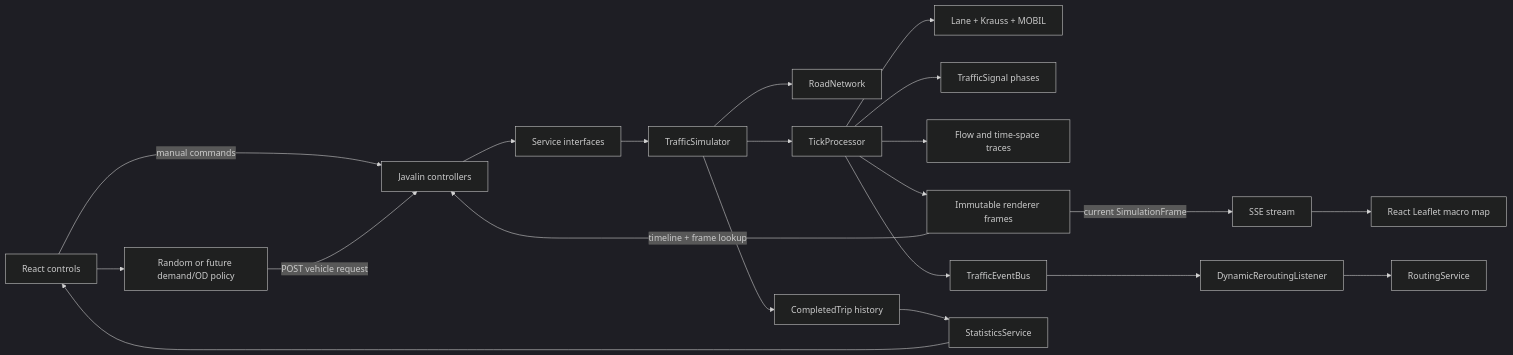
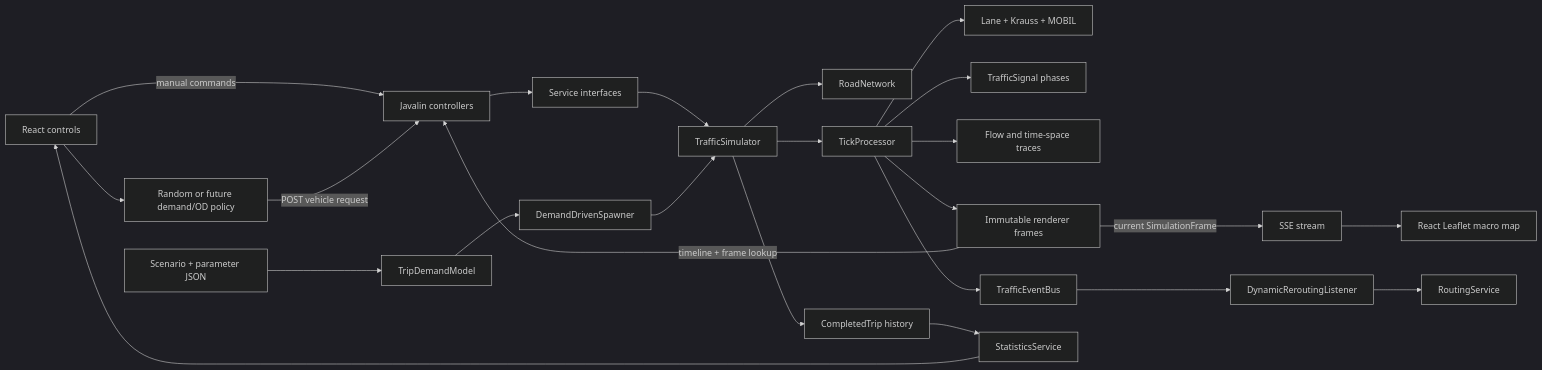
The diagram in docs/ARCHITECTURE.md (binhnguyenag07-ops/Traffic-Event-System), drawn with Mermaid (dark theme) before and after one commit. The commit also changed other lines of this file and 58 other files, not shown here.

Commit message:
feat(demand): implement scenario-driven traffic generation

````diff
--- a/docs/ARCHITECTURE.md
+++ b/docs/ARCHITECTURE.md
@@ -119,23 +128,26 @@
 ```mermaid
 flowchart LR
     UI[React controls] -->|manual commands| API[Javalin controllers]
     UI --> SpawnPolicy[Random or future demand/OD policy]
     SpawnPolicy -->|POST vehicle request| API
     API --> Services[Service interfaces]
     Services --> Simulator[TrafficSimulator]
+    Scenario[Scenario + parameter JSON] --> Demand[TripDemandModel]
+    Demand --> Spawner[DemandDrivenSpawner]
+    Spawner --> Simulator
     Simulator --> Graph[RoadNetwork]
     Simulator --> Tick[TickProcessor]
     Tick --> Dynamics[Lane + Krauss + MOBIL]
     Tick --> Signals[TrafficSignal phases]
     Tick --> Traces[Flow and time-space traces]
     Tick --> Frames[Immutable renderer frames]
     Tick --> Bus[TrafficEventBus]
     Bus --> Reroute[DynamicReroutingListener]
     Reroute --> Routing[RoutingService]
     Frames -->|current SimulationFrame| SSE[SSE stream]
     Frames -->|timeline + frame lookup| API
     SSE --> Map[React Leaflet macro map]
     Simulator --> Trips[CompletedTrip history]
     Trips --> Stats[StatisticsService]
     Stats --> UI
 ```
````
